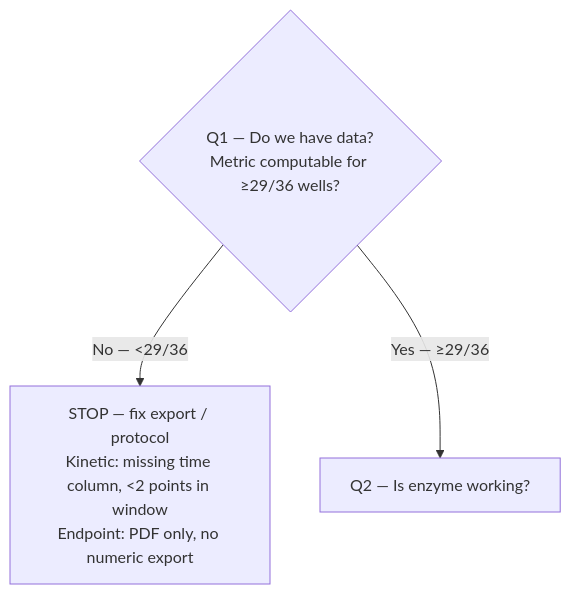
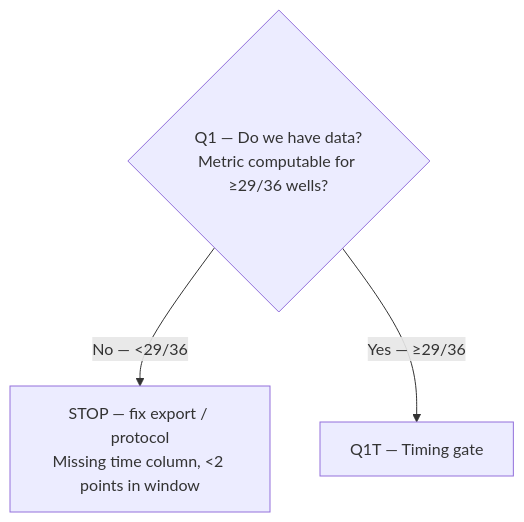
One commit to pvjthomas/beta-loop changed the third of 7 diagrams in pvjthomas/runs/2/v5/run2_decision_tree.md. Above: the diagram before and after it, drawn with Mermaid. The commit also changed other lines of this file and 41 other files, not shown here.

````diff
--- a/pvjthomas/runs/2/v5/run2_decision_tree.md
+++ b/pvjthomas/runs/2/v5/run2_decision_tree.md
@@ -175,6 +201,6 @@
 ```mermaid
 flowchart TD
     Q1{"Q1 — Do we have data?<br/>Metric computable for ≥29/36 wells?"}
-    Q1 -->|No — &lt;29/36| STOP1["STOP — fix export / protocol<br/>Kinetic: missing time column, &lt;2 points in window<br/>Endpoint: PDF only, no numeric export"]
-    Q1 -->|Yes — ≥29/36| Q2["Q2 — Is enzyme working?"]
+    Q1 -->|No — &lt;29/36| STOP1["STOP — fix export / protocol<br/>Missing time column, &lt;2 points in window"]
+    Q1 -->|Yes — ≥29/36| Q1T["Q1T — Timing gate"]
 ```
````
